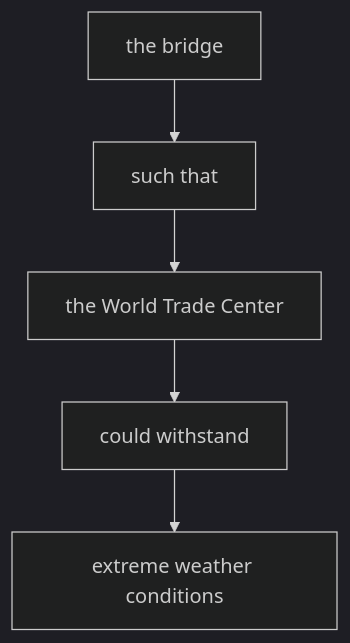
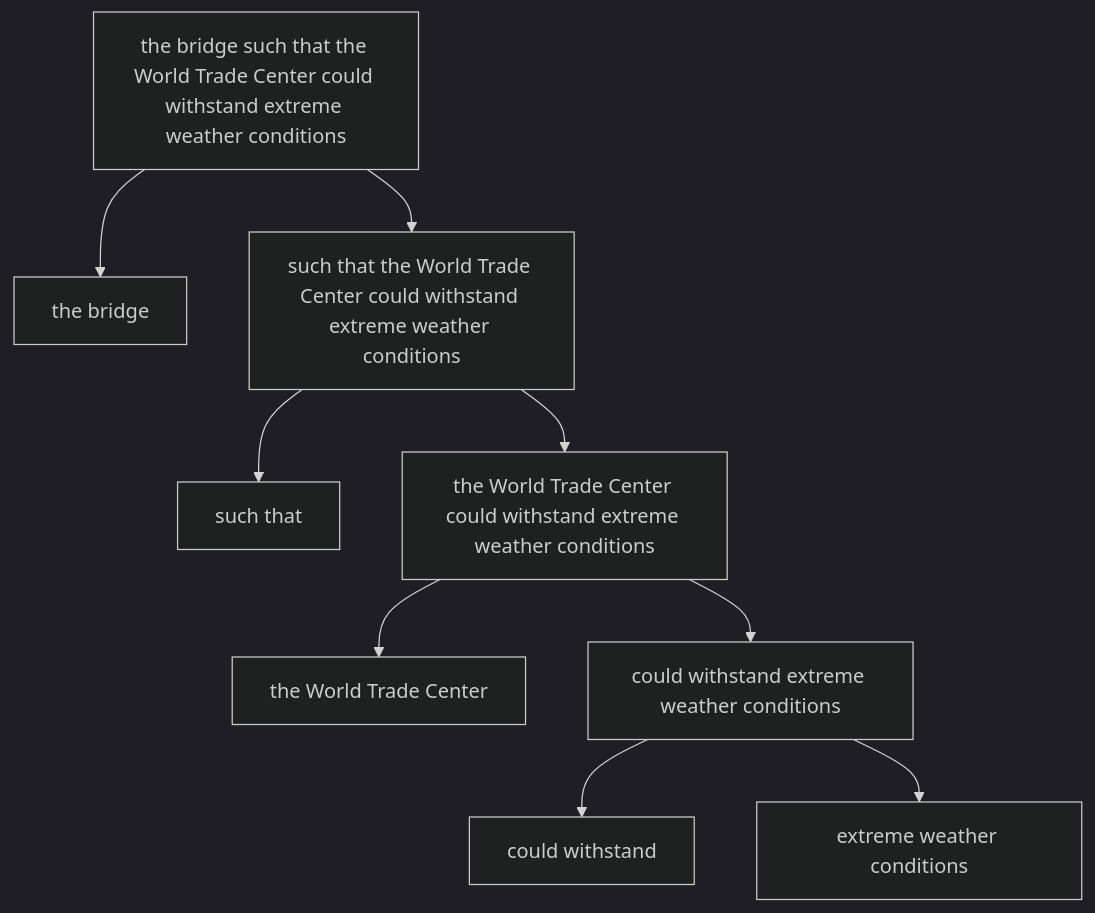
The first of 2 diagrams in 11. Binding and abstraction.md (haozeli-ling/Semantic-Analysis), drawn with Mermaid (dark theme) before and after one commit.

Commit message:
Update 11. Binding and abstraction.md

````diff
--- a/11. Binding and abstraction.md
+++ b/11. Binding and abstraction.md
@@ -25,7 +25,12 @@
 ```mermaid
 graph TD
-    A[the bridge] --> B[such that]
-    B --> C[the World Trade Center]
-    C --> D[could withstand]
-    D --> E[extreme weather conditions]
-```
+    A[the bridge such that the World Trade Center could withstand extreme weather conditions]
+    A --> B[the bridge]
+    A --> C[such that the World Trade Center could withstand extreme weather conditions]
+    C --> D[such that]
+    C --> E[the World Trade Center could withstand extreme weather conditions]
+    E --> F[the World Trade Center]
+    E --> G[could withstand extreme weather conditions]
+    G --> H[could withstand]
+    G --> I[extreme weather conditions]
+``` 
````
